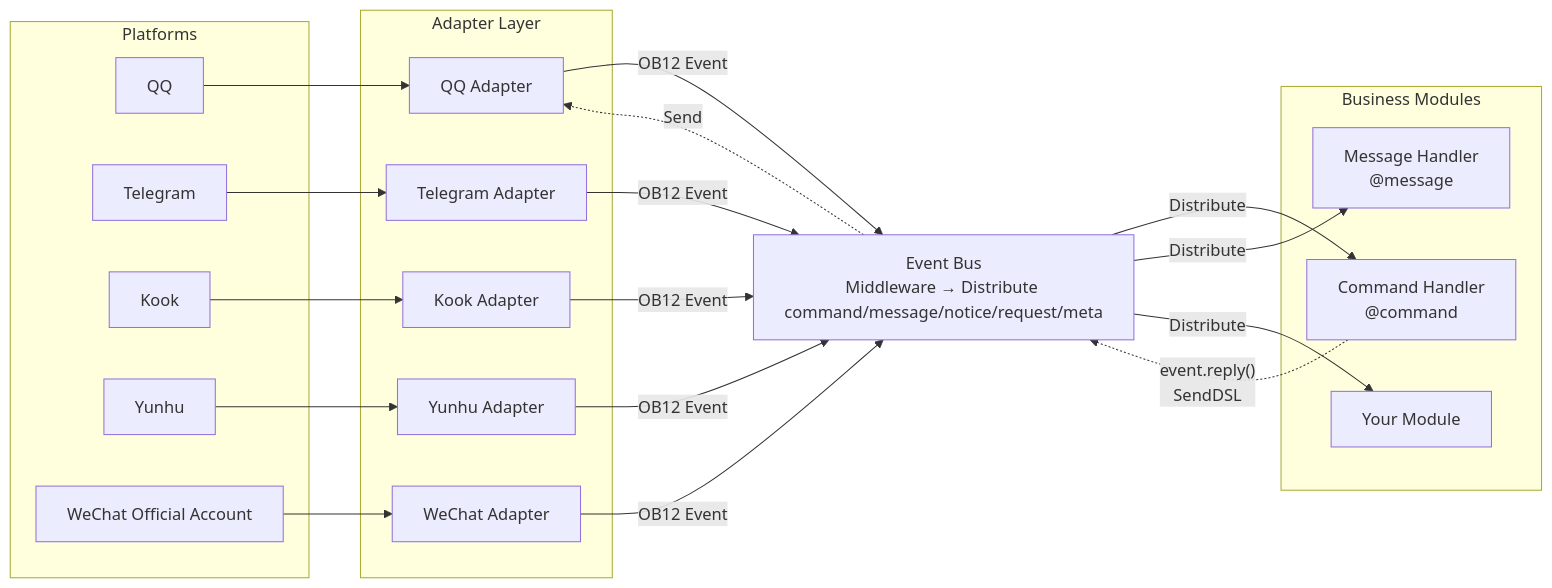
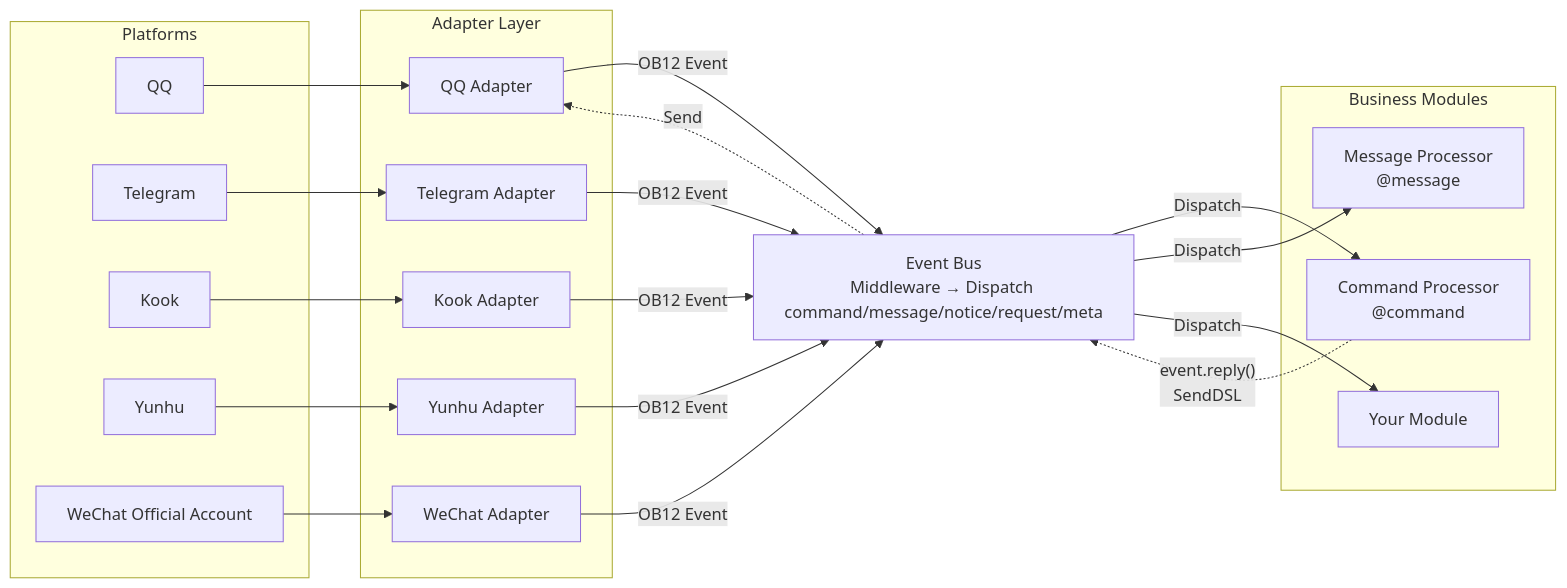
The first of 2 diagrams in README.md (ErisPulse/ErisPulse), drawn with Mermaid before and after one commit. The commit also changed other lines of this file and 251 other files, not shown here.

````diff
--- a/README.md
+++ b/README.md
@@ -111,45 +119,45 @@
 ```mermaid
 graph LR
     subgraph Platforms[Platforms]
         QQ["QQ"]
         TG["Telegram"]
         Kook["Kook"]
         YH["Yunhu"]
         WX["WeChat Official Account"]
     end
 
     subgraph Adapters[Adapter Layer]
         A1["QQ Adapter"]
         A2["Telegram Adapter"]
         A3["Kook Adapter"]
         A4["Yunhu Adapter"]
         A5["WeChat Adapter"]
     end
 
-    Event["Event Bus<br/>Middleware → Distribute command/message/notice/request/meta"]
+    Event["Event Bus<br/>Middleware → Dispatch command/message/notice/request/meta"]
 
     subgraph Modules[Business Modules]
-        M1["Command Handler<br/>@command"]
-        M2["Message Handler<br/>@message"]
+        M1["Command Processor<br/>@command"]
+        M2["Message Processor<br/>@message"]
         M3["Your Module"]
     end
 
     QQ --> A1
     TG --> A2
     Kook --> A3
     YH --> A4
     WX --> A5
 
     A1 -->|"OB12 Event"| Event
     A2 -->|"OB12 Event"| Event
     A3 -->|"OB12 Event"| Event
     A4 -->|"OB12 Event"| Event
     A5 -->|"OB12 Event"| Event
 
-    Event -->|"Distribute"| M1
-    Event -->|"Distribute"| M2
-    Event -->|"Distribute"| M3
+    Event -->|"Dispatch"| M1
+    Event -->|"Dispatch"| M2
+    Event -->|"Dispatch"| M3
 
     M1 -.->|"event.reply()<br/>SendDSL"| Event
     Event -.->|"Send"| A1
 ```
````
